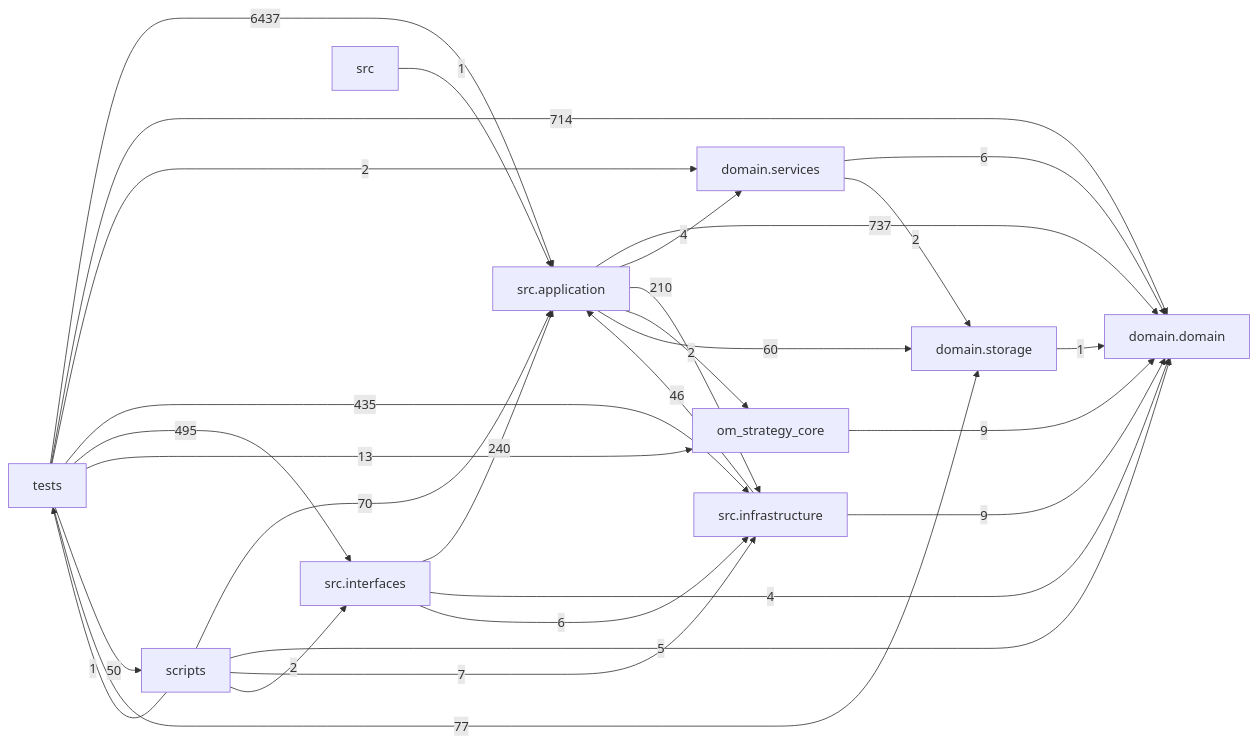
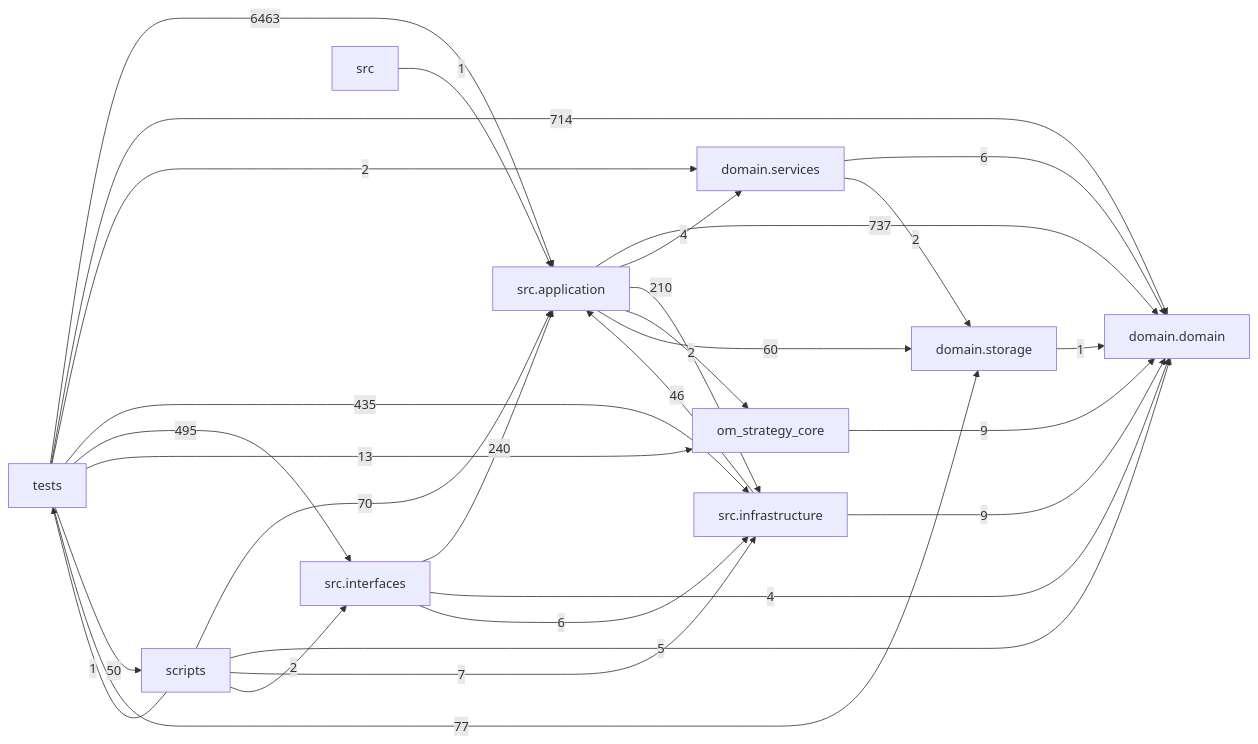
Before and after one commit to liuxie066/options-monitor: the diagram in docs/DEPENDENCY_GRAPH.md, drawn with Mermaid. The commit also changed other lines of this file and 31 other files, not shown here.

````diff
--- a/docs/DEPENDENCY_GRAPH.md
+++ b/docs/DEPENDENCY_GRAPH.md
@@ -24,39 +24,39 @@
 ```mermaid
 flowchart LR
   tests["tests"]
   scripts["scripts"]
   interfaces["src.interfaces"]
   application["src.application"]
   infrastructure["src.infrastructure"]
   domain_services["domain.services"]
   domain["domain.domain"]
   storage["domain.storage"]
   application -->|737| domain
   application -->|4| domain_services
   application -->|210| infrastructure
   application -->|2| om_strategy_core
   application -->|60| storage
   domain_services -->|6| domain
   domain_services -->|2| storage
   infrastructure -->|46| application
   infrastructure -->|9| domain
   interfaces -->|240| application
   interfaces -->|4| domain
   interfaces -->|6| infrastructure
   om_strategy_core -->|9| domain
   scripts -->|70| application
   scripts -->|5| domain
   scripts -->|7| infrastructure
   scripts -->|2| interfaces
   scripts -->|1| tests
   src -->|1| application
   storage -->|1| domain
-  tests -->|6437| application
+  tests -->|6463| application
   tests -->|714| domain
   tests -->|2| domain_services
   tests -->|435| infrastructure
   tests -->|495| interfaces
   tests -->|13| om_strategy_core
   tests -->|50| scripts
   tests -->|77| storage
 ```
````
